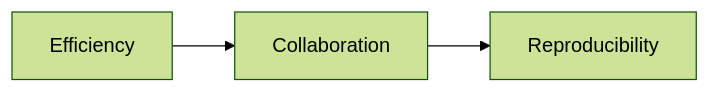
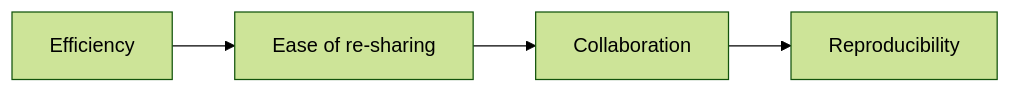
Before and after one commit to Alliance-RDM-GDR/CUR_Res_DepositingData: the first of 3 diagrams in RDM_DepositingData_en.qmd, drawn with Mermaid (forest theme). The commit also changed other lines of this file and 2 other files, not shown here.

````diff
--- a/RDM_DepositingData_en.qmd
+++ b/RDM_DepositingData_en.qmd
@@ -89,8 +89,9 @@
 ```{mermaid}
 %%| fig-width: 20
 %%| fig-height: 9
 
 flowchart LR
-A[Efficiency] --> B[Collaboration] 
-B --> C[Reproducibility]
+A[Efficiency] --> B[Ease of re-sharing] 
+B --> C[Collaboration]
+C --> D[Reproducibility]
 ```
````
